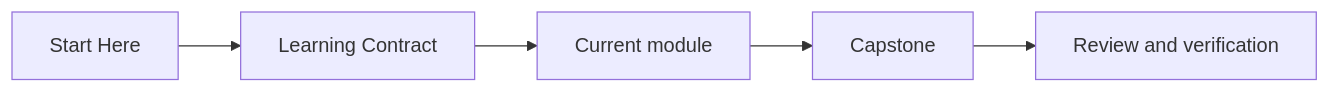
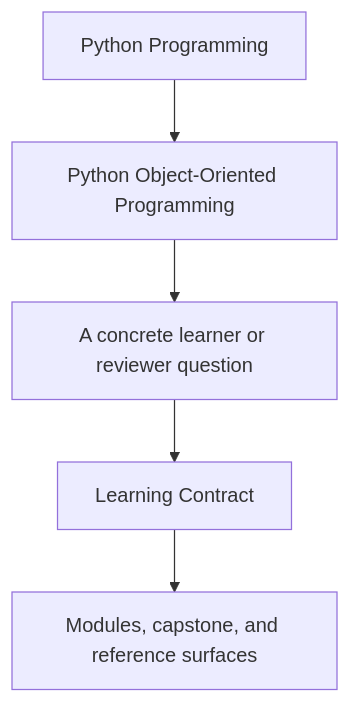
Before and after one commit to bijux/bijux-masterclass: the first of 2 diagrams in programs/python-programming/python-object-oriented-programming/course-book/guides/learning-contract.md, drawn with Mermaid. The commit also changed other lines of this file and 23 other files, not shown here.

Commit message:
docs(python-object-oriented-programming): sharpen guide and reference diagrams

````diff
--- a/programs/python-programming/python-object-oriented-programming/course-book/guides/learning-contract.md
+++ b/programs/python-programming/python-object-oriented-programming/course-book/guides/learning-contract.md
@@ -7,7 +7,7 @@
 ```mermaid
-graph LR
-  start["Start Here"] --> contract["Learning Contract"]
-  contract --> module["Current module"]
-  module --> capstone["Capstone"]
-  capstone --> review["Review and verification"]
+flowchart TD
+  family["Python Programming"] --> program["Python Object-Oriented Programming"]
+  program --> pressure["A concrete learner or reviewer question"]
+  pressure --> guide["Learning Contract"]
+  guide --> next["Modules, capstone, and reference surfaces"]
 ```
````
